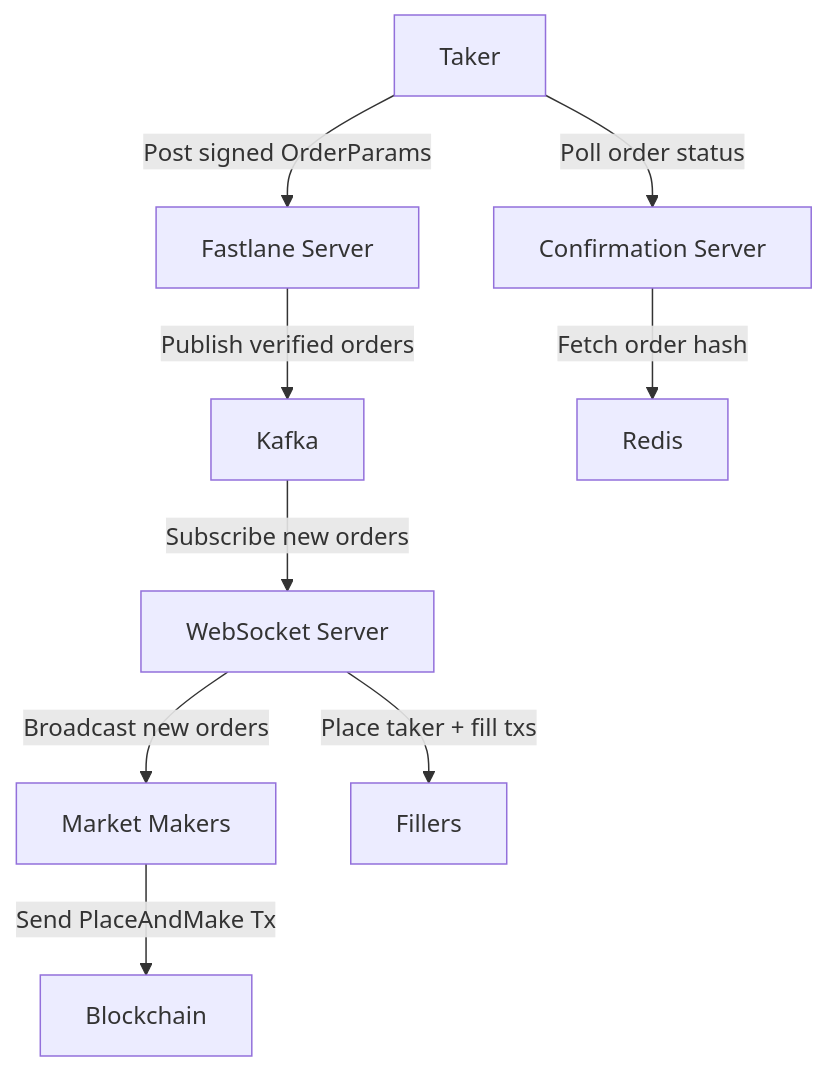
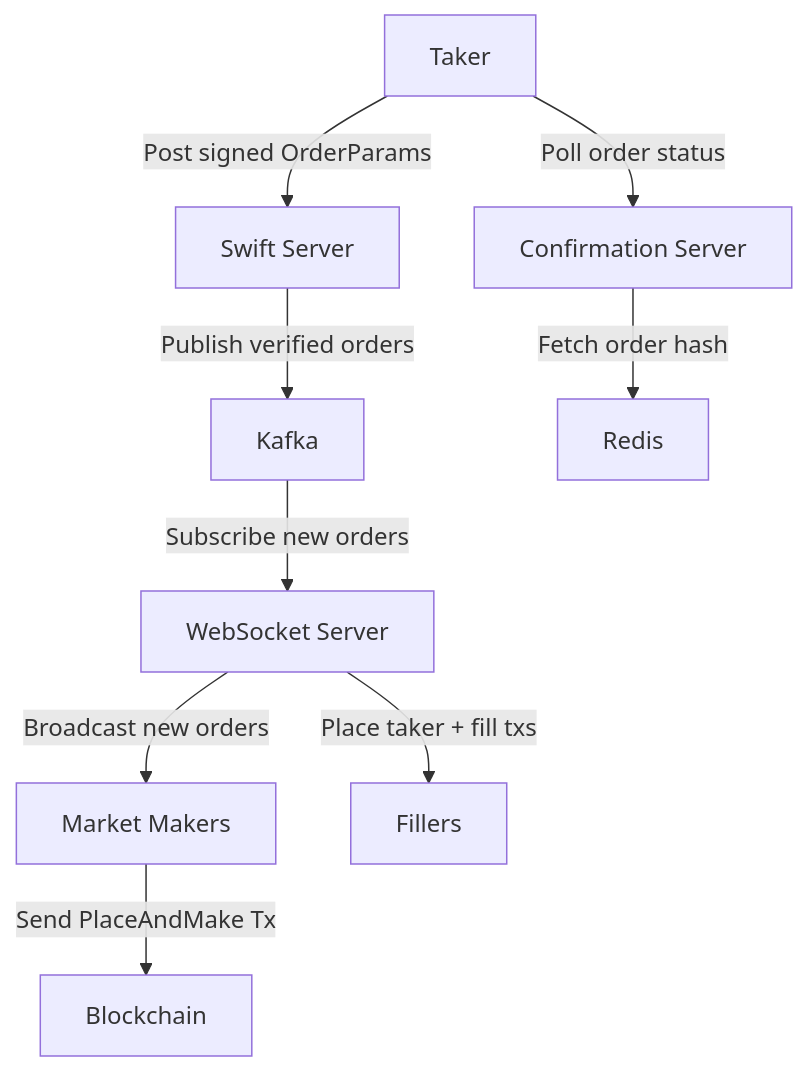
The diagram in README.md (drift-labs/swift), drawn with Mermaid before and after one commit. The commit also changed other lines of this file and 15 other files, not shown here.

````diff
--- a/README.md
+++ b/README.md
@@ -10,20 +10,20 @@
 ```mermaid
 graph TD
     A[Taker]
-    B[Fastlane Server]
+    B[Swift Server]
     C[WebSocket Server]
     D[Market Makers]
     E[Kafka]
     F[Blockchain]
     G[Confirmation Server]
     H[Redis]
     I[Fillers]
     A -->|Post signed OrderParams| B
     B -->|Publish verified orders | E
     C -->|Broadcast new orders| D
     D -->|Send PlaceAndMake Tx| F
     E --> |Subscribe new orders| C
     A -->|Poll order status|G
     G -->|Fetch order hash|H
     C -->|Place taker + fill txs| I
 ```
````
